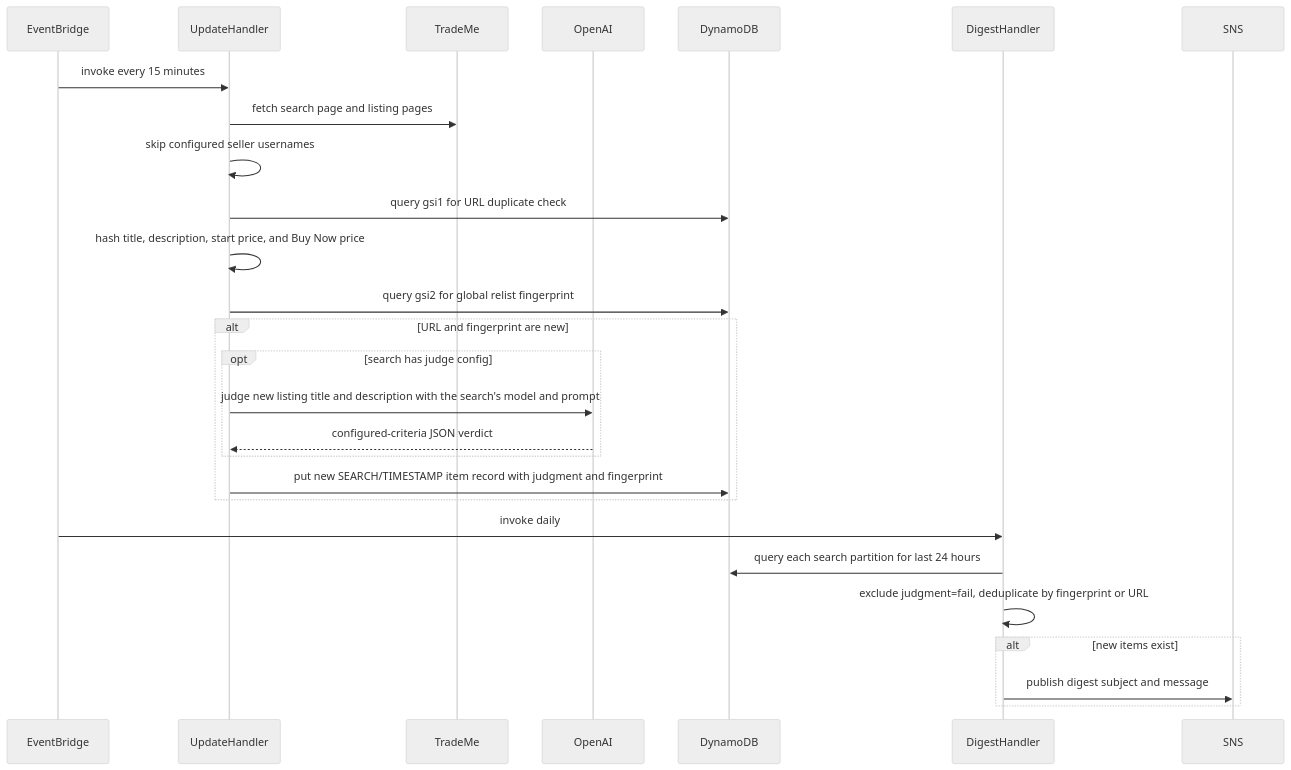
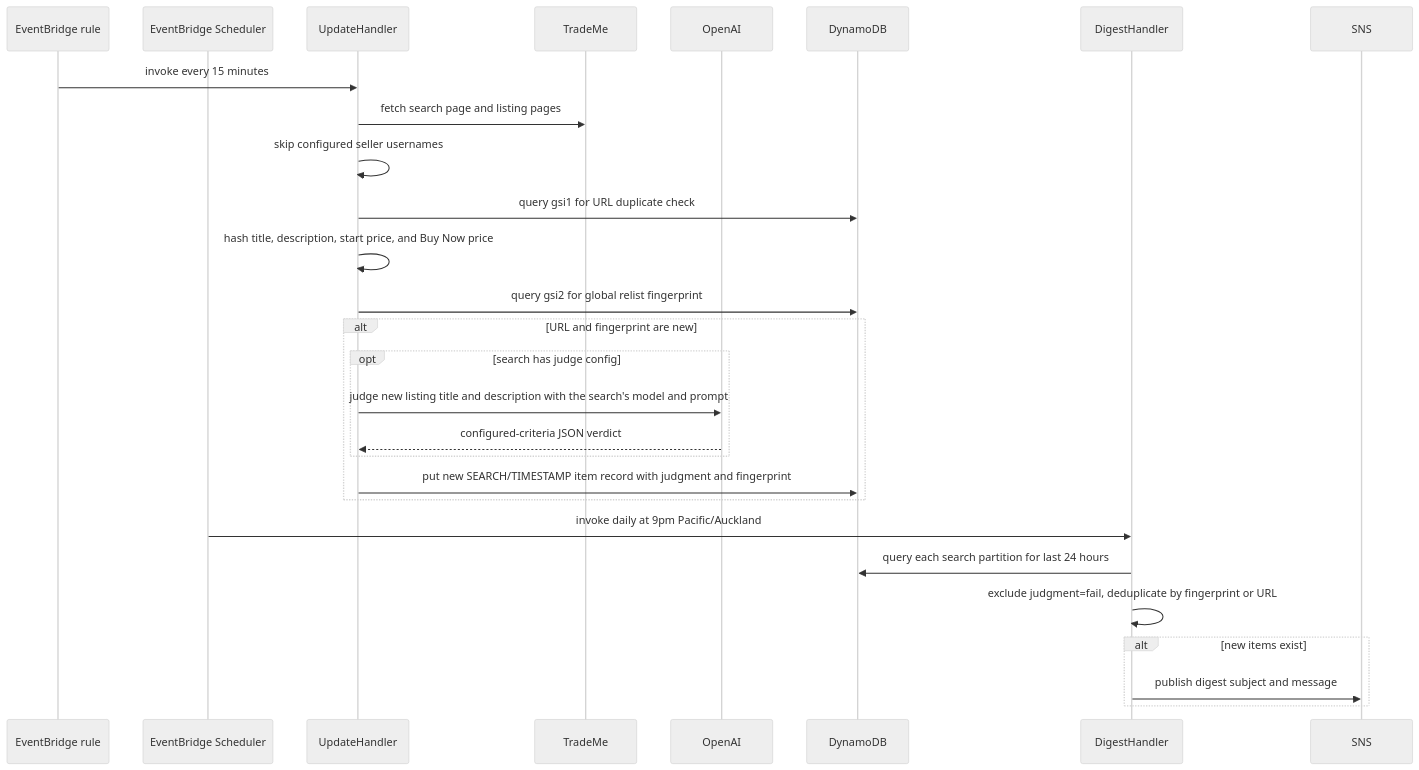
The second of 2 diagrams in auction_tracker_api/README.md (jordansimsmith/jordansimsmith-com), drawn with Mermaid (neutral theme) before and after one commit. The commit also changed other lines of this file and 1 other file, not shown here.

Commit message:
Send auction digest at 9pm NZ time

````diff
--- a/auction_tracker_api/README.md
+++ b/auction_tracker_api/README.md
@@ -71,30 +71,31 @@
 ```mermaid
 sequenceDiagram
-  participant EventBridge
+  participant UpdateSchedule as EventBridge rule
+  participant DigestSchedule as EventBridge Scheduler
   participant UpdateHandler
   participant TradeMe
   participant OpenAI
   participant DynamoDB
   participant DigestHandler
   participant SNS
 
-  EventBridge->>UpdateHandler: invoke every 15 minutes
+  UpdateSchedule->>UpdateHandler: invoke every 15 minutes
   UpdateHandler->>TradeMe: fetch search page and listing pages
   UpdateHandler->>UpdateHandler: skip configured seller usernames
   UpdateHandler->>DynamoDB: query gsi1 for URL duplicate check
   UpdateHandler->>UpdateHandler: hash title, description, start price, and Buy Now price
   UpdateHandler->>DynamoDB: query gsi2 for global relist fingerprint
   alt URL and fingerprint are new
     opt search has judge config
       UpdateHandler->>OpenAI: judge new listing title and description with the search's model and prompt
       OpenAI-->>UpdateHandler: configured-criteria JSON verdict
     end
     UpdateHandler->>DynamoDB: put new SEARCH/TIMESTAMP item record with judgment and fingerprint
   end
-  EventBridge->>DigestHandler: invoke daily
+  DigestSchedule->>DigestHandler: invoke daily at 9pm Pacific/Auckland
   DigestHandler->>DynamoDB: query each search partition for last 24 hours
   DigestHandler->>DigestHandler: exclude judgment=fail, deduplicate by fingerprint or URL
   alt new items exist
     DigestHandler->>SNS: publish digest subject and message
   end
 ```
````
